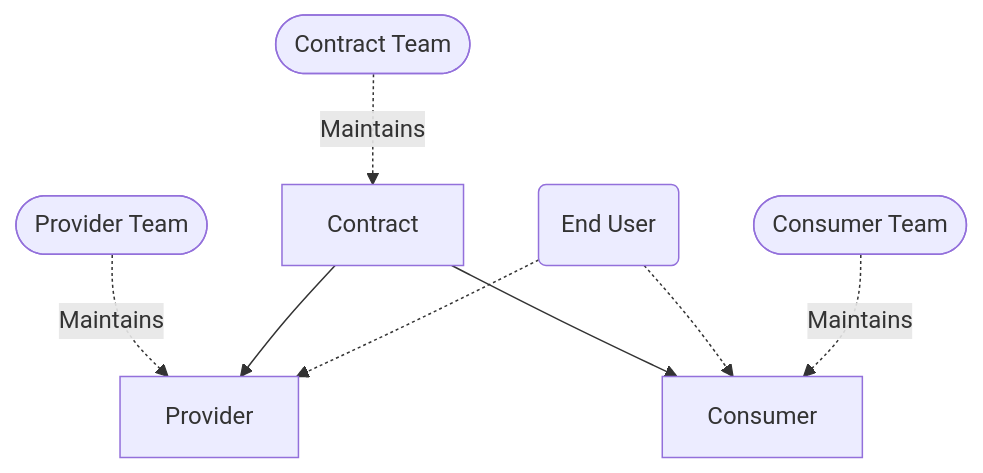
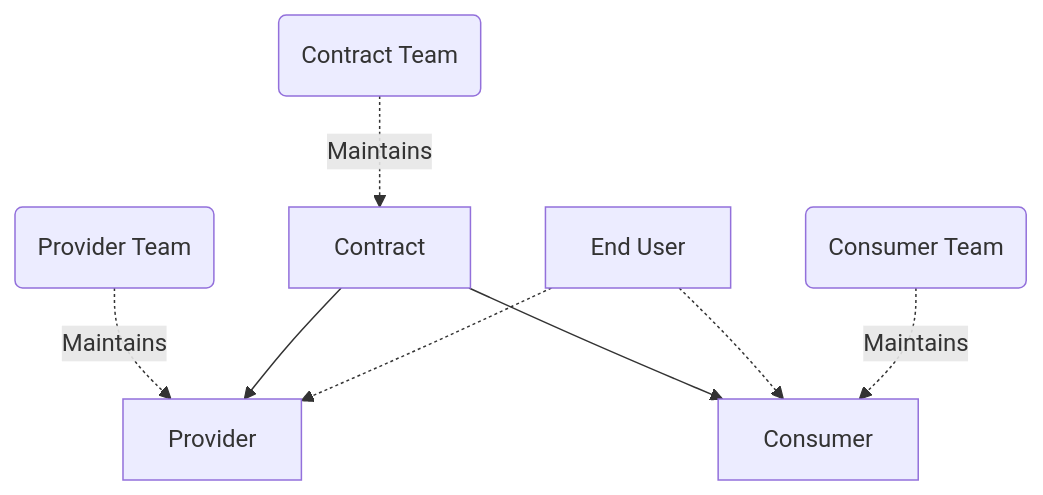
The first of 2 diagrams in rfcs/0189-contracts.md (NixOS/rfcs), drawn with Mermaid before and after one commit. The commit also changed other lines of this file, not shown here.

````diff
--- a/rfcs/0189-contracts.md
+++ b/rfcs/0189-contracts.md
@@ -127,11 +118,10 @@
 ```mermaid
 flowchart TD
-    ProviderTeam(["Provider Team"]) -. Maintains .-> Provider["Provider"]
-    Contract["Contract"] --> Provider & Consumer["Consumer"]
-    ContractTeam(["Contract Team"]) -. Maintains .-> Contract
+    ProviderTeam(Provider Team) -. Maintains .-> Provider
+    Contract["Contract"] --> Provider & Consumer
+    ContractTeam("Contract Team") -. Maintains .-> Contract
     EndUser["End User"] -.-> Provider & Consumer
-    ConsumerTeam(["Consumer Team"]) -. Maintains .-> Consumer
-    Provider@{ shape: rect}
-    Consumer@{ shape: rect}
-    EndUser@{ shape: rounded}
+    ConsumerTeam("Consumer Team") -. Maintains .-> Consumer
+    Provider["Provider"]
+    Consumer["Consumer"]
 ```
````
